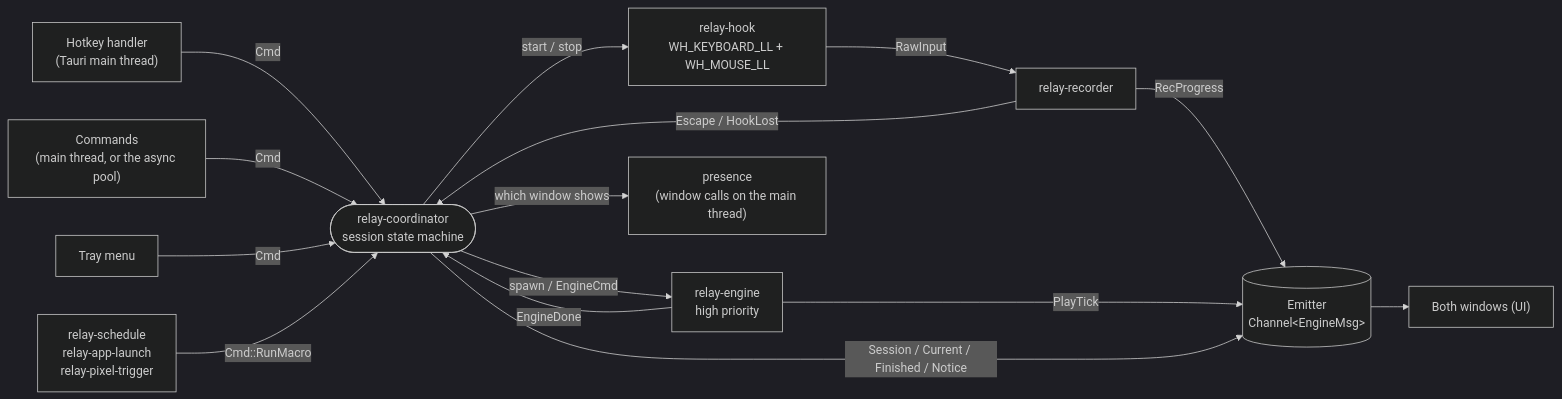
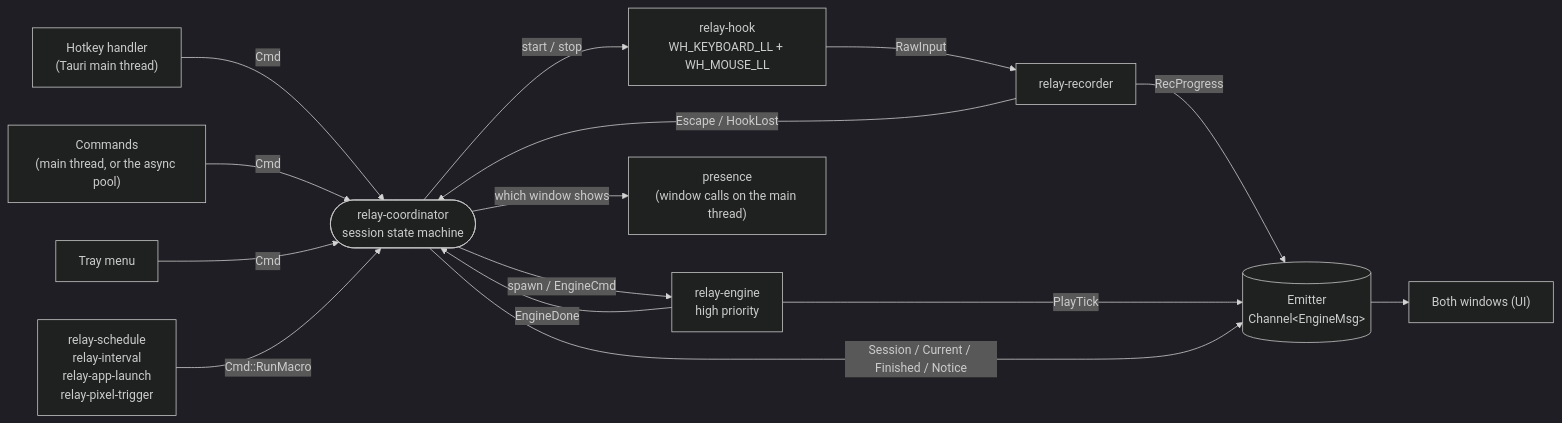
The second of 6 diagrams in docs/engineering/architecture.md (HappyRave/Relay), drawn with Mermaid (dark theme) before and after one commit. The commit also changed other lines of this file and 7 other files, not shown here.

````diff
--- a/docs/engineering/architecture.md
+++ b/docs/engineering/architecture.md
@@ -75,18 +75,18 @@
 ```mermaid
 flowchart LR
     hk["Hotkey handler<br/>(Tauri main thread)"] -- Cmd --> C
     ui["Commands<br/>(main thread, or the async pool)"] -- Cmd --> C
     tray["Tray menu"] -- Cmd --> C
-    T["relay-schedule<br/>relay-app-launch<br/>relay-pixel-trigger"] -- "Cmd::RunMacro" --> C
+    T["relay-schedule<br/>relay-interval<br/>relay-app-launch<br/>relay-pixel-trigger"] -- "Cmd::RunMacro" --> C
     C(["relay-coordinator<br/>session state machine"])
     C -- "start / stop" --> H["relay-hook<br/>WH_KEYBOARD_LL + WH_MOUSE_LL"]
     H -- RawInput --> R["relay-recorder"]
     R -- "RecProgress" --> E[("Emitter<br/>Channel&lt;EngineMsg&gt;")]
     R -- "Escape / HookLost" --> C
     C -- "spawn / EngineCmd" --> P["relay-engine<br/>high priority"]
     P -- "PlayTick" --> E
     P -- "EngineDone" --> C
     C -- "Session / Current / Finished / Notice" --> E
     C -- "which window shows" --> PR["presence<br/>(window calls on the main thread)"]
     E --> W["Both windows (UI)"]
 ```
````
